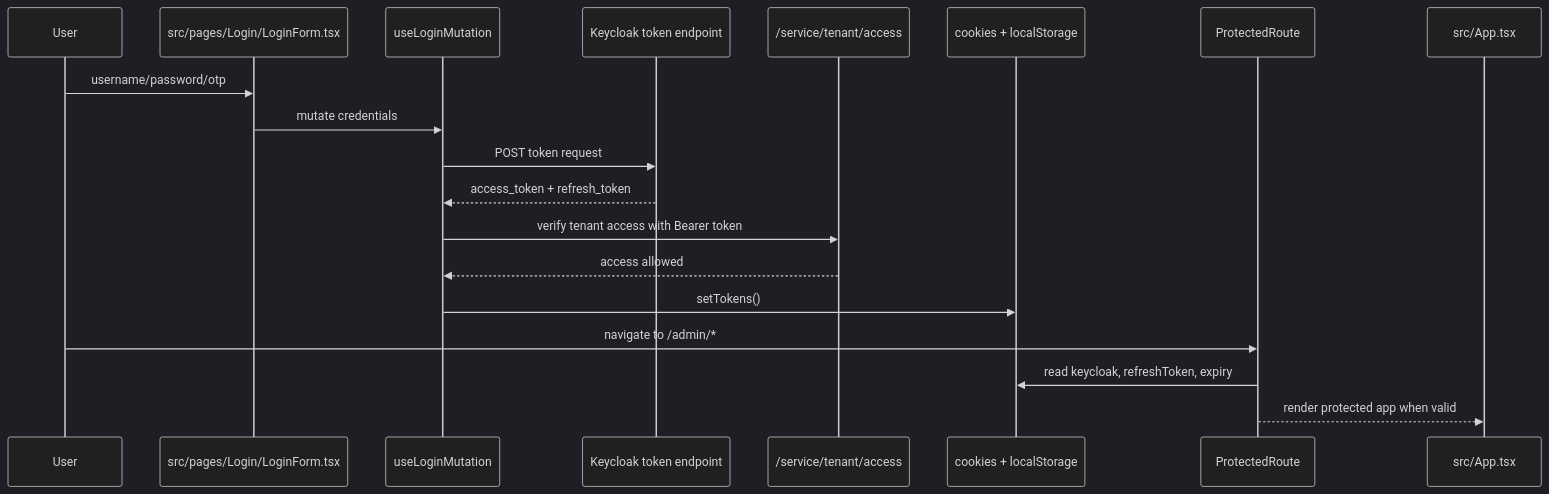
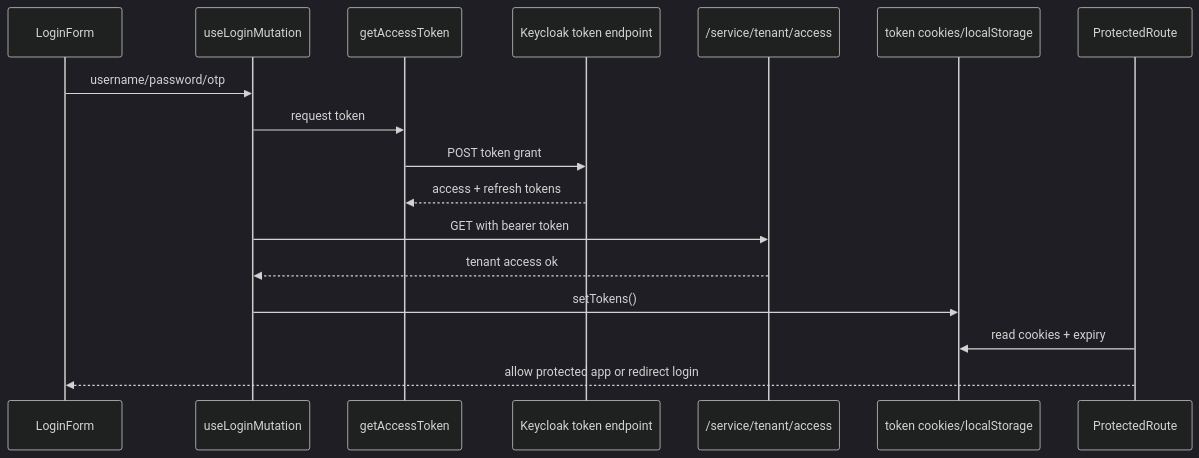
One commit to OpenResilienceInitiative/ORISO-Admin changed the diagram in .understand-anything/visuals/auth-flow.mmd. Above: the diagram before and after it, drawn with Mermaid (dark theme). The commit also changed other lines of this file and 293 other files, not shown here.

```diff
--- a/.understand-anything/visuals/auth-flow.mmd
+++ b/.understand-anything/visuals/auth-flow.mmd
@@ -1,20 +1,17 @@
 sequenceDiagram
-  participant User
-  participant LoginForm as src/pages/Login/LoginForm.tsx
-  participant LoginHook as useLoginMutation
+  participant Form as LoginForm
+  participant Mutation as useLoginMutation
+  participant Token as getAccessToken
   participant Keycloak as Keycloak token endpoint
-  participant TenantAccess as /service/tenant/access
-  participant AuthStore as cookies + localStorage
-  participant ProtectedRoute
-  participant AppShell as src/App.tsx
-
-  User->>LoginForm: username/password/otp
-  LoginForm->>LoginHook: mutate credentials
-  LoginHook->>Keycloak: POST token request
-  Keycloak-->>LoginHook: access_token + refresh_token
-  LoginHook->>TenantAccess: verify tenant access with Bearer token
-  TenantAccess-->>LoginHook: access allowed
-  LoginHook->>AuthStore: setTokens()
-  User->>ProtectedRoute: navigate to /admin/*
-  ProtectedRoute->>AuthStore: read keycloak, refreshToken, expiry
-  ProtectedRoute-->>AppShell: render protected app when valid
+  participant Access as /service/tenant/access
+  participant Cookies as token cookies/localStorage
+  participant Guard as ProtectedRoute
+  Form->>Mutation: username/password/otp
+  Mutation->>Token: request token
+  Token->>Keycloak: POST token grant
+  Keycloak-->>Token: access + refresh tokens
+  Mutation->>Access: GET with bearer token
+  Access-->>Mutation: tenant access ok
+  Mutation->>Cookies: setTokens()
+  Guard->>Cookies: read cookies + expiry
+  Guard-->>Form: allow protected app or redirect login
```
